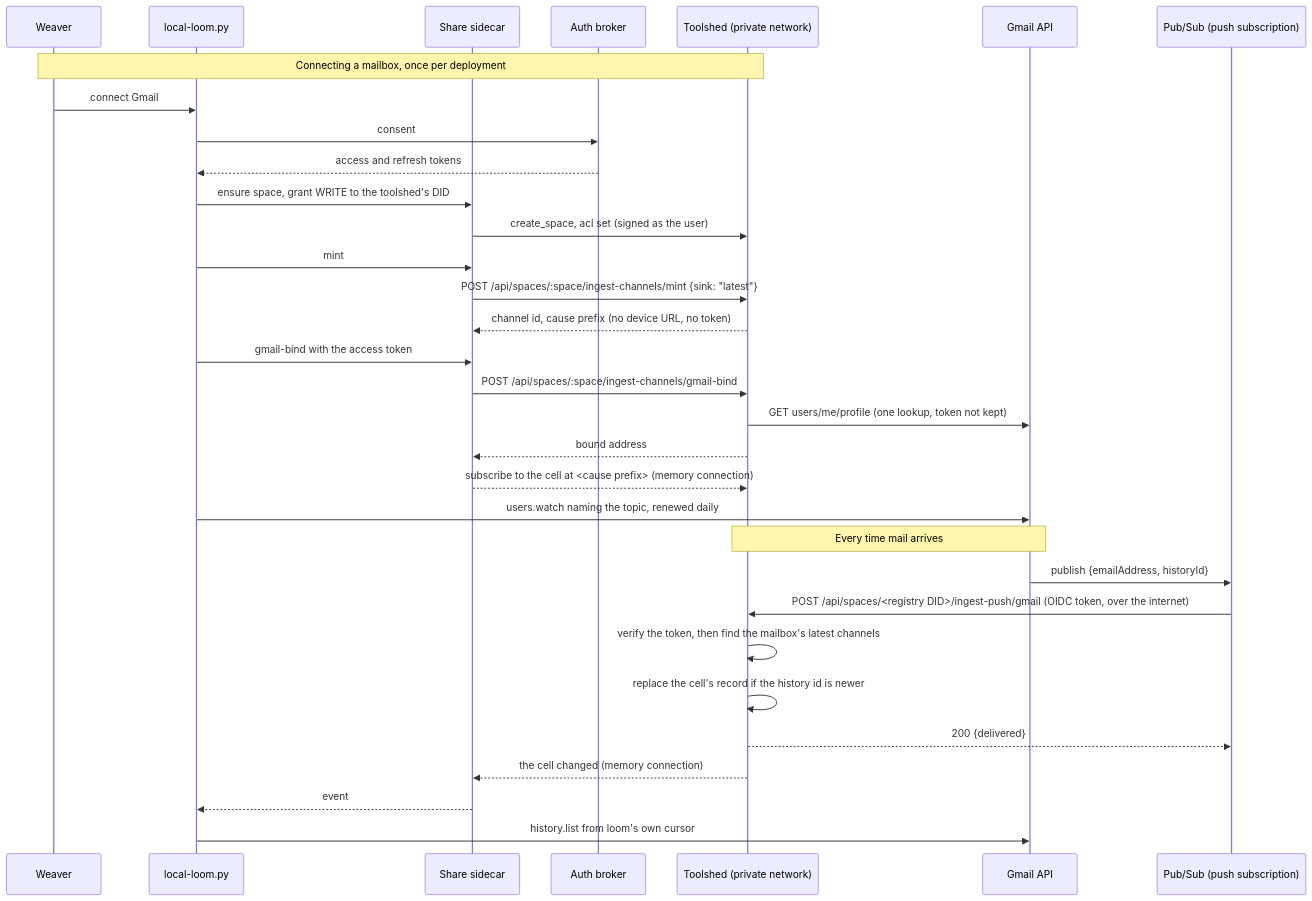
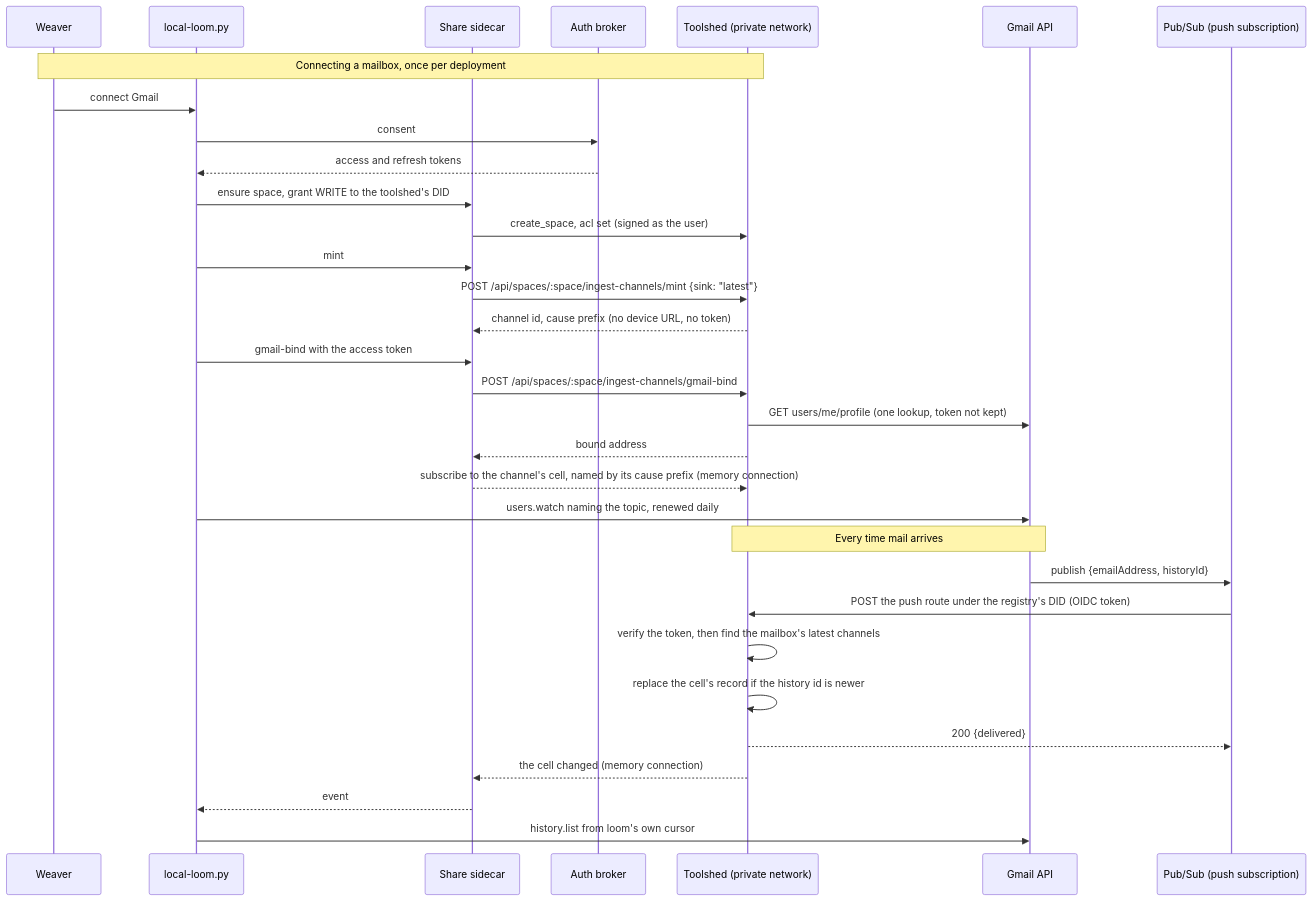
The fourth of 4 diagrams in docs/features/gmail-push-architecture.md (commonfabric/labs), drawn with Mermaid before and after one commit.

Commit message:
docs(toolshed): drop the diagram's angle-bracket placeholders
An HTML-mode mermaid renderer swallows them as elements.

````diff
--- a/docs/features/gmail-push-architecture.md
+++ b/docs/features/gmail-push-architecture.md
@@ -171,36 +171,36 @@
 ```mermaid
 sequenceDiagram
     participant W as Weaver
     participant L as local-loom.py
     participant S as Share sidecar
     participant B as Auth broker
     participant T as Toolshed (private network)
     participant G as Gmail API
     participant P as Pub/Sub (push subscription)
 
     Note over W,T: Connecting a mailbox, once per deployment
     W->>L: connect Gmail
     L->>B: consent
     B-->>L: access and refresh tokens
     L->>S: ensure space, grant WRITE to the toolshed's DID
     S->>T: create_space, acl set (signed as the user)
     L->>S: mint
     S->>T: POST /api/spaces/:space/ingest-channels/mint {sink: "latest"}
     T-->>S: channel id, cause prefix (no device URL, no token)
     L->>S: gmail-bind with the access token
     S->>T: POST /api/spaces/:space/ingest-channels/gmail-bind
     T->>G: GET users/me/profile (one lookup, token not kept)
     T-->>S: bound address
-    S-->>T: subscribe to the cell at <cause prefix> (memory connection)
+    S-->>T: subscribe to the channel's cell, named by its cause prefix (memory connection)
     L->>G: users.watch naming the topic, renewed daily
 
     Note over G,T: Every time mail arrives
     G->>P: publish {emailAddress, historyId}
-    P->>T: POST /api/spaces/<registry DID>/ingest-push/gmail (OIDC token, over the internet)
+    P->>T: POST the push route under the registry's DID (OIDC token)
     T->>T: verify the token, then find the mailbox's latest channels
     T->>T: replace the cell's record if the history id is newer
     T-->>P: 200 {delivered}
     T-->>S: the cell changed (memory connection)
     S-->>L: event
     L->>G: history.list from loom's own cursor
 ```
````
